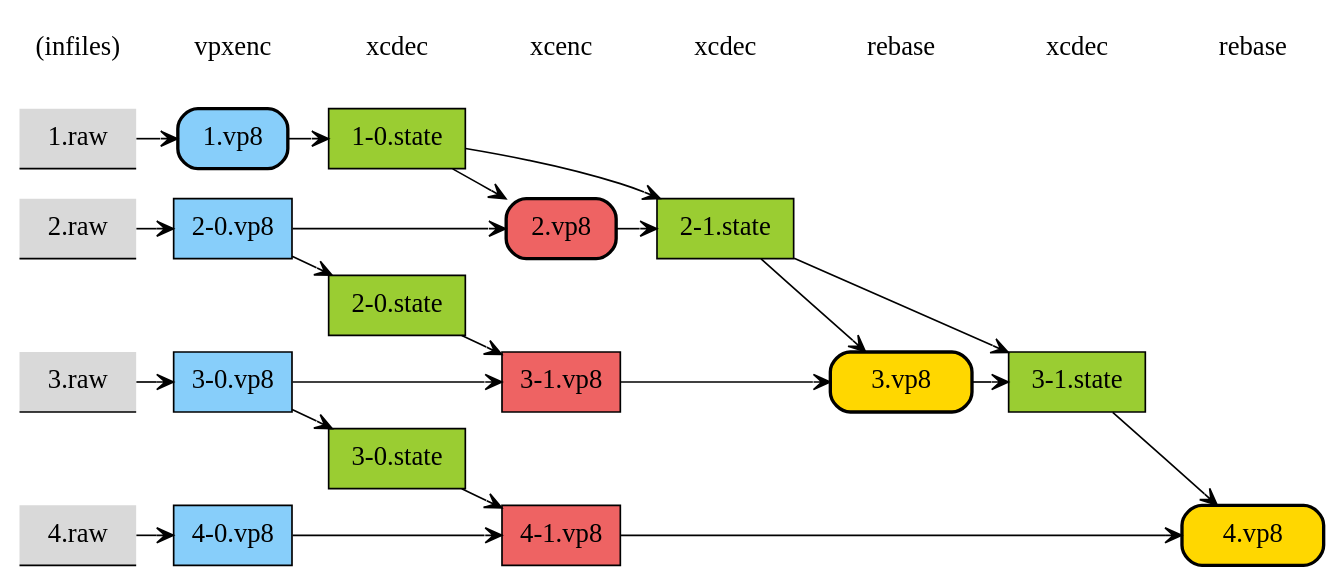
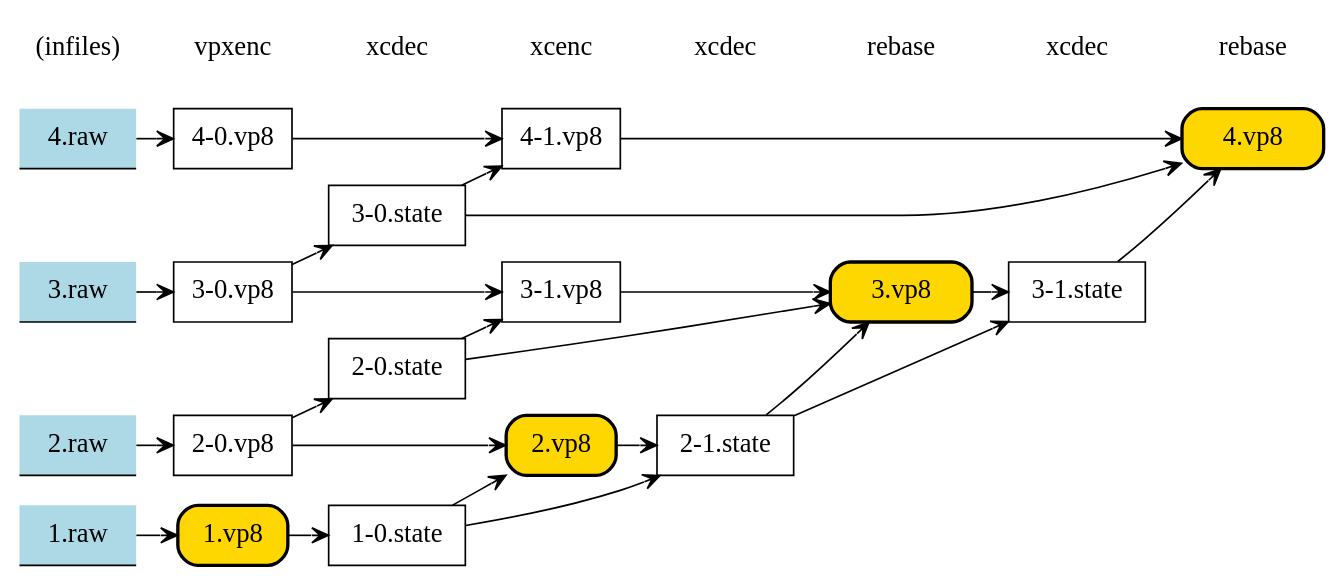
Before and after one commit to sadjad/gg-paper-graphs: the diagram in excamera/excamera.dot, drawn with Graphviz. The commit also changed 3 other files, not shown here.

```diff
--- a/excamera/excamera.dot
+++ b/excamera/excamera.dot
@@ -1,77 +1,82 @@
 digraph ExCamera {
 rankdir=LR;
 overlap = true;
 splines = true;
 ranksep = 0.3;
 
 edge [arrowhead=vee,arowsize=0.8,fontname="SF Mono"];
 node [shape=box,fontname="SF Mono",fontsize=16];
 
-{node [shape=underline,style="rounded,filled",fillcolor=gray85,color=black,margin="0.2,0.1"] "1.raw" "2.raw" "3.raw" "4.raw"}
+{node [shape=underline,style="rounded,filled",fillcolor=lightblue,color=black,margin="0.2,0.1"] "1.raw" "2.raw" "3.raw" "4.raw"}
 
-{node [style=filled,fillcolor=lightskyblue] " 1.vp8 " "2-0.vp8" "3-0.vp8" "4-0.vp8"}
-{node [style=filled,fillcolor=olivedrab3] "1-0.state" "2-0.state" "3-0.state" "2-1.state" "3-1.state"}
-{node [style=filled,fillcolor=indianred2] " 2.vp8 ", "3-1.vp8" "4-1.vp8"}
-{node [style=filled,fillcolor=gold] "3.vp8" "4.vp8"}
+{node [] " 1.vp8 " "2-0.vp8" "3-0.vp8" "4-0.vp8"}
+{node [] "1-0.state" "2-0.state" "3-0.state" "2-1.state" "3-1.state"}
+{node [] " 2.vp8 ", "3-1.vp8" "4-1.vp8"}
+{node [] "3.vp8" "4.vp8"}
 
 "(infiles)" [shape=none,fontsize=16,fontname="SF Mono"];
 "vpxenc" [shape=none,fontsize=16,fontname="SF Mono"];
 "xcdec"  [shape=none,fontsize=16,fontname="SF Mono"];
 "xcenc"  [shape=none,fontsize=16,fontname="SF Mono"];
 "xcdec2" [label="xcdec",shape=none,fontsize=16,fontname="SF Mono"];
 "xcdec3" [label="xcdec",shape=none,fontsize=16,fontname="SF Mono"];
 "rebase" [shape=none,fontsize=16,fontname="SF Mono"];
 "rebase2" [label="rebase",shape=none,fontsize=16,fontname="SF Mono"];
 
 "(infiles)" -> vpxenc [weight=5,style=invis]
 xcdec -> xcenc [weight=5,style=invis];
 xcenc -> xcdec2 [weight=5,style=invis];
 xcdec2 -> rebase [weight=5,style=invis];
 rebase -> xcdec3 [weight=5,style=invis];
 xcdec3 -> rebase2 [weight=5,style=invis];
 
 {rank = source; "1.raw" "2.raw" "3.raw" "4.raw" "(infiles)"}
 {rank = same; "2-0.vp8" "3-0.vp8" "4-0.vp8", "vpxenc"}
 {rank = same; "2-0.state" "3-0.state" "1-0.state", "xcdec"}
 {rank = same; " 2.vp8 " "3-1.vp8" "4-1.vp8" "xcenc"}
 //{rank = same; "2-1.state" "3.vp8"}
 //{rank = same; "3-1.state" "4.vp8"}
 
-"3.vp8" [penwidth=2,style="filled,rounded",shape=box,margin="0.3,0.1"]
-"4.vp8" [penwidth=2,style="filled,rounded",shape=box,margin="0.3,0.1"]
-" 2.vp8 " [penwidth=2,style="filled,rounded",shape=box]
-" 1.vp8 " [penwidth=2,style="filled,rounded",shape=box]
+"3.vp8" [fillcolor=gold,penwidth=2,style="filled,rounded",shape=box,margin="0.3,0.1"]
+"4.vp8" [fillcolor=gold,penwidth=2,style="filled,rounded",shape=box,margin="0.3,0.1"]
+" 2.vp8 " [fillcolor=gold,penwidth=2,style="filled,rounded",shape=box]
+" 1.vp8 " [fillcolor=gold,penwidth=2,style="filled,rounded",shape=box]
 
 
 "1.raw" -> " 1.vp8 ";
 "2.raw" -> "2-0.vp8";
 "3.raw" -> "3-0.vp8";
 "4.raw" -> "4-0.vp8";
 
 " 1.vp8 " -> "1-0.state" [weight=7];
 "2-0.vp8" -> "2-0.state";
 "3-0.vp8" -> "3-0.state";
+//"3-0.state" -> "3-1.state" [style=invis,weight=7];
+//"2-0.state" -> "2-1.state" [style=invis,weight=7];
 //"4-0.vp8" -> "4-0.state";
 
 "2-0.vp8" -> " 2.vp8 " [weight=8];
 "1-0.state" -> " 2.vp8 ";
+
+"2-0.state" -> "3.vp8";
+"3-0.state" -> "4.vp8";
 
 "3-0.vp8" -> "3-1.vp8" [weight=9];
 "2-0.state" -> "3-1.vp8";
 
 "4-0.vp8" -> "4-1.vp8" [weight=10];
 "3-0.state" -> "4-1.vp8";
 
 " 2.vp8 " -> "2-1.state" [weight=7];
 "1-0.state" -> "2-1.state";
 
 "3-1.vp8" -> "3.vp8" [weight=9];
 "2-1.state" -> "3.vp8";
 
 "3.vp8" -> "3-1.state";
 "2-1.state" -> "3-1.state";
 
 "4-1.vp8" -> "4.vp8" [weight=10];
 "3-1.state" -> "4.vp8";
 
 }
```
